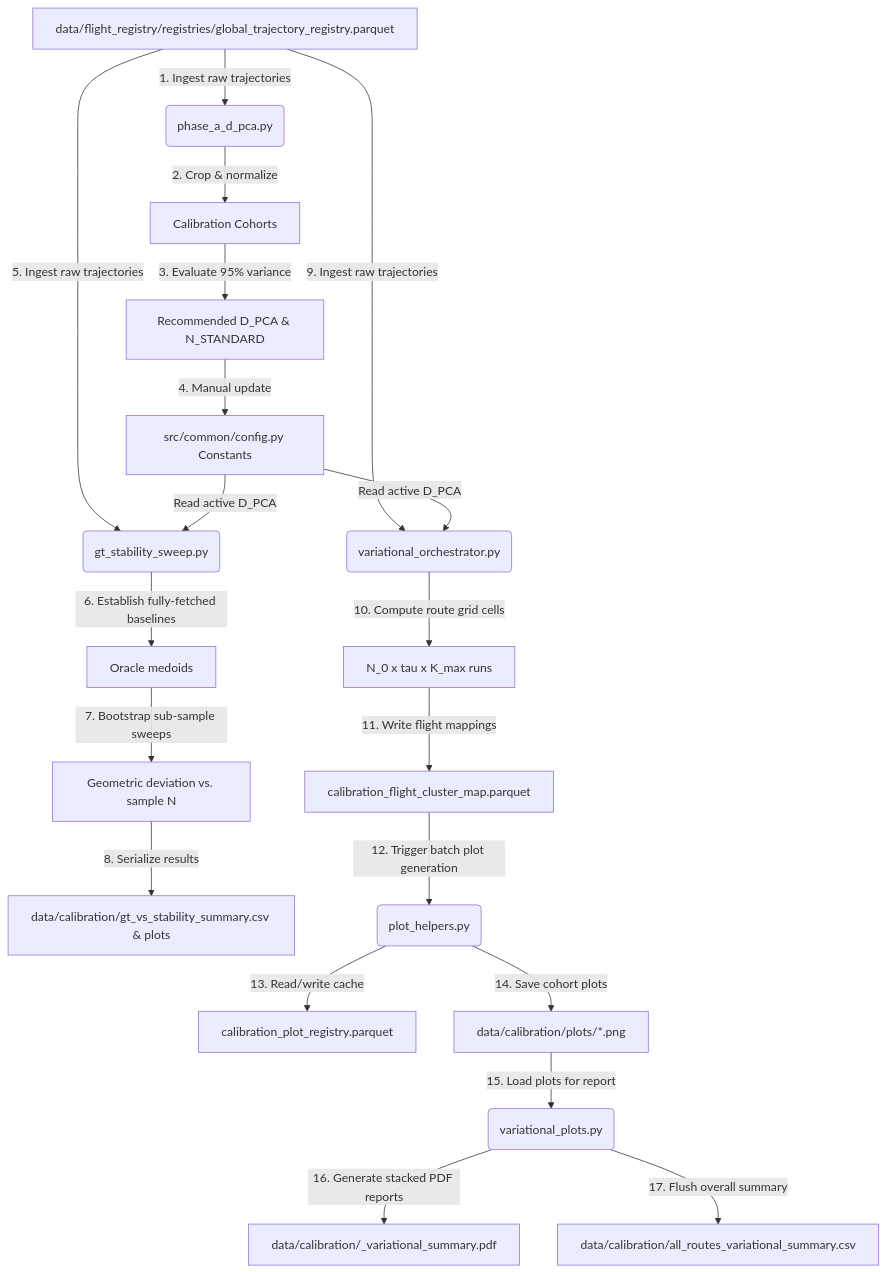
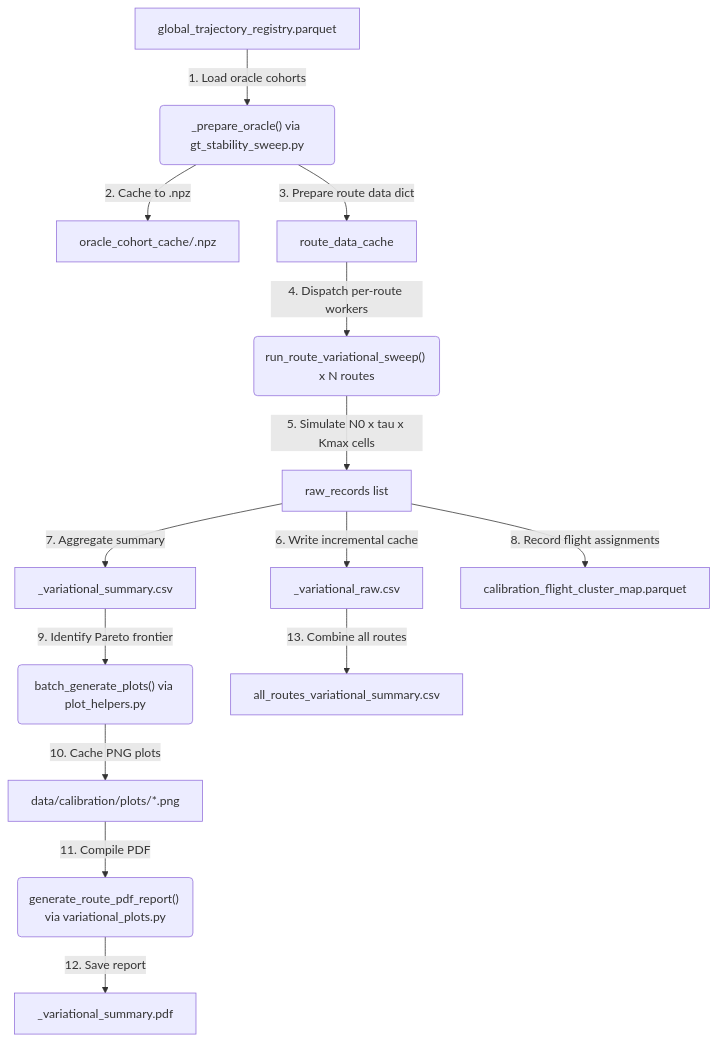
The second of 6 diagrams in src/analysis/campaigns/README.md (Bauzement123/flight-physics-pipeline), drawn with Mermaid before and after one commit. The commit also changed other lines of this file and 8 other files, not shown here.

````diff
--- a/src/analysis/campaigns/README.md
+++ b/src/analysis/campaigns/README.md
@@ -77,24 +130,16 @@
 ```mermaid
 graph TD
-    A[data/flight_registry/registries/global_trajectory_registry.parquet] -->|1. Ingest raw trajectories| B(phase_a_d_pca.py)
-    B -->|2. Crop & normalize| C[Calibration Cohorts]
-    C -->|3. Evaluate 95% variance| D[Recommended D_PCA & N_STANDARD]
-    D -->|4. Manual update| E[src/common/config.py Constants]
-    
-    A -->|5. Ingest raw trajectories| F(gt_stability_sweep.py)
-    E -->|Read active D_PCA| F
-    F -->|6. Establish fully-fetched baselines| G[Oracle medoids]
-    G -->|7. Bootstrap sub-sample sweeps| H[Geometric deviation vs. sample N]
-    H -->|8. Serialize results| I[data/calibration/gt_vs_stability_summary.csv & plots]
-    
-    A -->|9. Ingest raw trajectories| J(variational_orchestrator.py)
-    E -->|Read active D_PCA| J
-    J -->|10. Compute route grid cells| K[N_0 x tau x K_max runs]
-    K -->|11. Write flight mappings| O[calibration_flight_cluster_map.parquet]
-    O -->|12. Trigger batch plot generation| P(plot_helpers.py)
-    P -->|13. Read/write cache| Q[calibration_plot_registry.parquet]
-    P -->|14. Save cohort plots| R["data/calibration/plots/*.png"]
-    R -->|15. Load plots for report| L(variational_plots.py)
-    L -->|16. Generate stacked PDF reports| M["data/calibration/<route>_variational_summary.pdf"]
-    L -->|17. Flush overall summary| N["data/calibration/all_routes_variational_summary.csv"]
+    A["global_trajectory_registry.parquet"] -->|"1. Load oracle cohorts"| B("_prepare_oracle() via gt_stability_sweep.py")
+    B -->|"2. Cache to .npz"| C["oracle_cohort_cache/<route>.npz"]
+    B -->|"3. Prepare route data dict"| D["route_data_cache"]
+    D -->|"4. Dispatch per-route workers"| E("run_route_variational_sweep() x N routes")
+    E -->|"5. Simulate N0 x tau x Kmax cells"| F["raw_records list"]
+    F -->|"6. Write incremental cache"| G["<route>_variational_raw.csv"]
+    F -->|"7. Aggregate summary"| H["<route>_variational_summary.csv"]
+    F -->|"8. Record flight assignments"| I["calibration_flight_cluster_map.parquet"]
+    H -->|"9. Identify Pareto frontier"| J("batch_generate_plots() via plot_helpers.py")
+    J -->|"10. Cache PNG plots"| K["data/calibration/plots/*.png"]
+    K -->|"11. Compile PDF"| L("generate_route_pdf_report() via variational_plots.py")
+    L -->|"12. Save report"| M["<route>_variational_summary.pdf"]
+    G -->|"13. Combine all routes"| N["all_routes_variational_summary.csv"]
 ```
````
